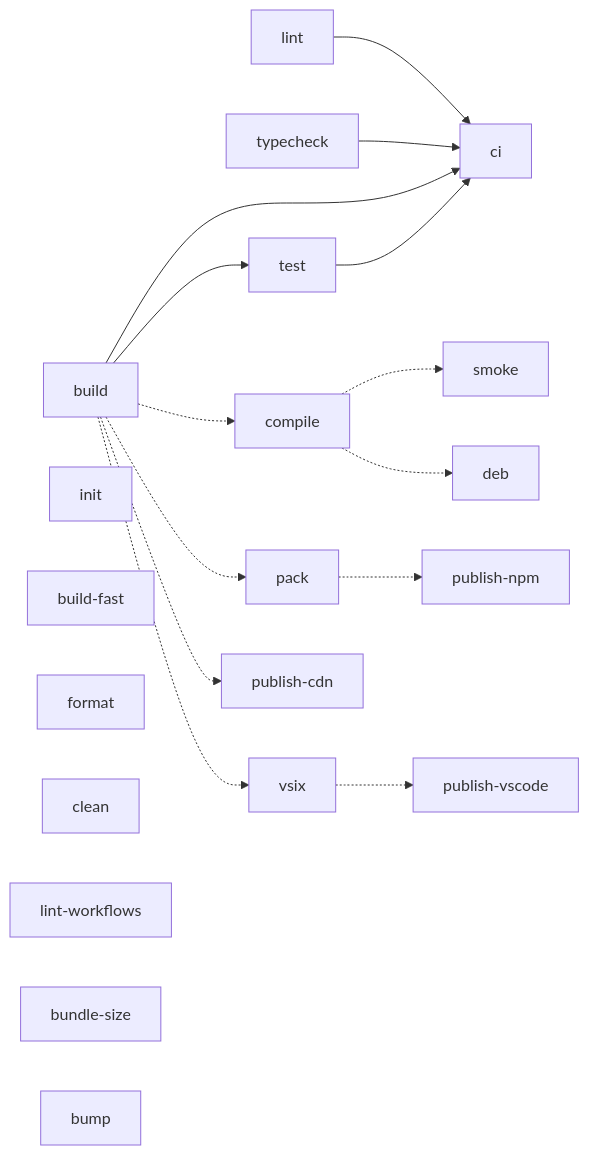
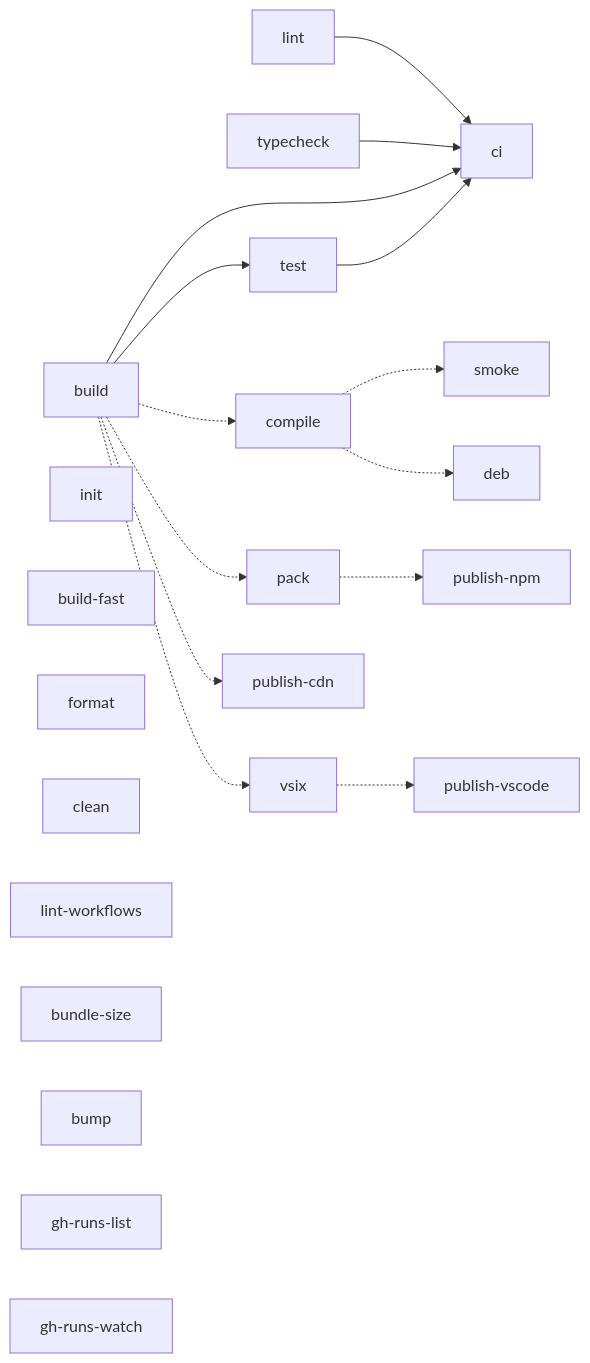
Before and after one commit to lolay/nowline: the diagram in Makefile.md, drawn with Mermaid. The commit also changed other lines of this file and 2 other files, not shown here.

Commit message:
add gh-runs-list / gh-runs-watch targets

````diff
--- a/Makefile.md
+++ b/Makefile.md
@@ -12,30 +12,32 @@
 ```mermaid
 graph LR
     %% solid = hard prerequisite (make runs the left target first)
     build --> test
     lint --> ci
     typecheck --> ci
     build --> ci
     test --> ci
 
     %% dotted = consumes the left target's output, but the artifact is a
     %% separate CI job in the release pipeline, so it is not a hard make
     %% prerequisite (see "Why publish-* don't hard-depend on build" below)
     build -.-> compile
     compile -.-> smoke
     compile -.-> deb
     build -.-> pack
     build -.-> vsix
     pack -.-> publish_npm["publish-npm"]
     vsix -.-> publish_vscode["publish-vscode"]
     build -.-> publish_cdn["publish-cdn"]
 
     %% standalone
     init
     build_fast["build-fast"]
     format
     clean
     lint_workflows["lint-workflows"]
     bundle_size["bundle-size"]
     bump
+    gh_runs_list["gh-runs-list"]
+    gh_runs_watch["gh-runs-watch"]
 ```
````
